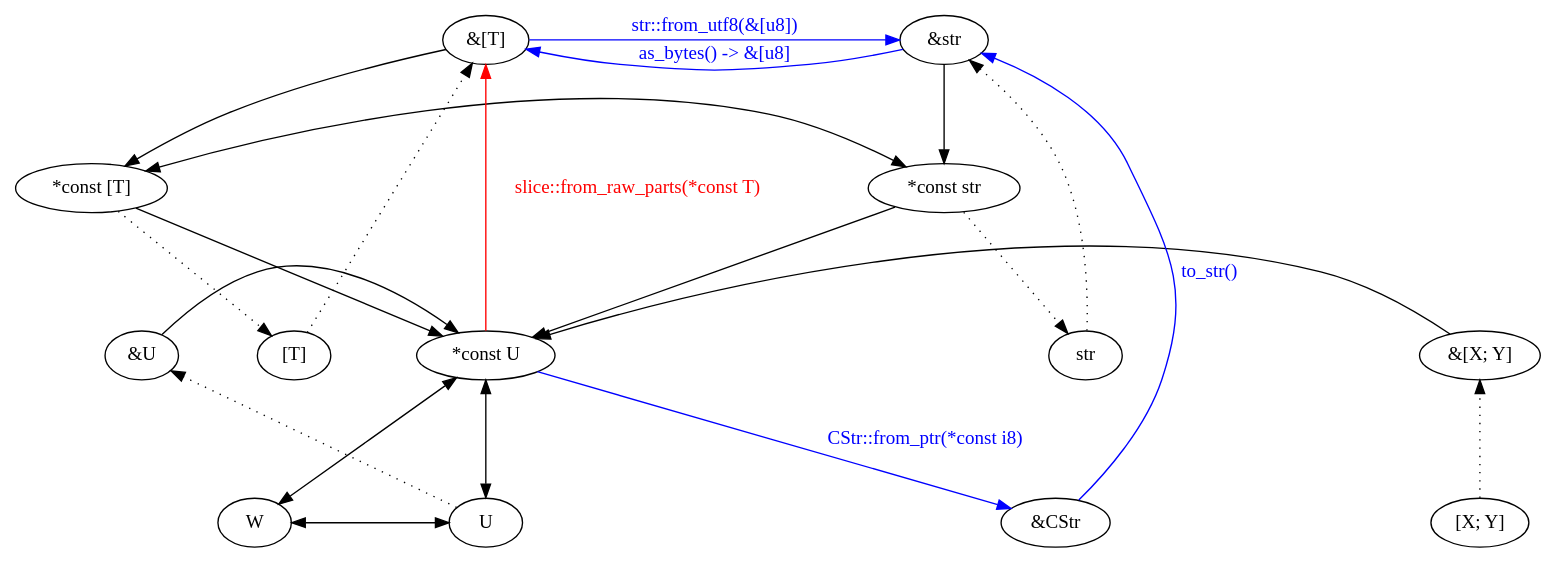
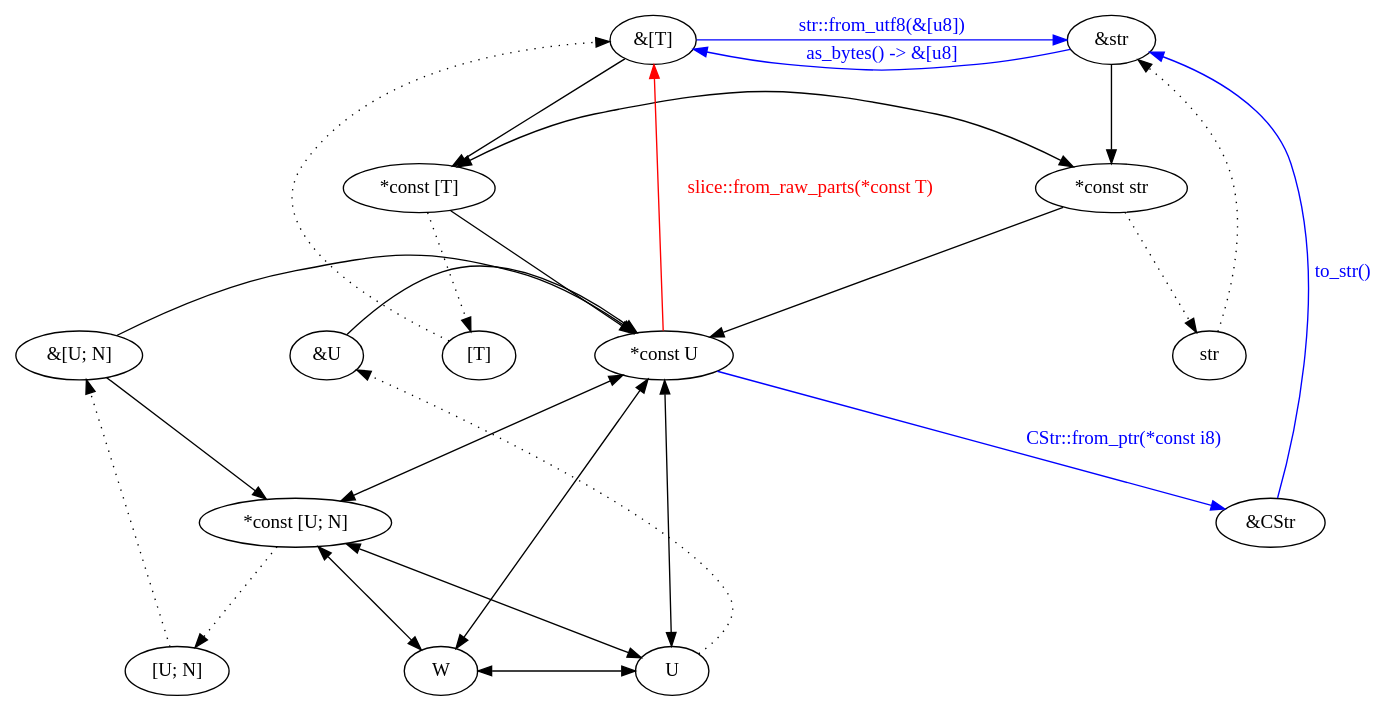
The diagram in cast.gv (RioKato/unsafe-rust), drawn with Graphviz before and after one commit. The commit also changed 1 other file, not shown here.

```diff
--- a/cast.gv
+++ b/cast.gv
@@ -1,28 +1,32 @@
 digraph {
   node [ordering=out];
   {rank=same; "&[T]"; "&str";}
   {rank=same; "*const [T]"; "*const str";}
-  {rank=same; "*const U"; "&[X; Y]"; "&U";}
-  {rank=same; "[X; Y]"; "W"; "U";}
+  {rank=same; "*const U"; "&[U; N]"; "&U";}
+  {rank=same; "[U; N]"; "W"; "U";}
   {rank=same; "[T]"; "str";}
   ranksep=1
   nodesep=0.8
 
   "&[T]" -> "*const [T]" -> "*const U"
   "&str" -> "*const str" -> "*const U"
   "*const [T]" -> "*const str" [dir=both]
   "*const U" -> "W" -> "U" -> "*const U" [dir=both]
-  "&[X; Y]" -> "*const U"
+  "&[U; N]" -> "*const U"
+  "&[U; N]" -> "*const [U; N]"
+  "*const [U; N]" -> "*const U" [dir=both]
+  "*const [U; N]" -> "U" [dir=both]
+  "*const [U; N]" -> "W" [dir=both]
   "&U" -> "*const U"
 
   "U" -> "&U" [style=dotted]
-  "[X; Y]" -> "&[X; Y]" [style=dotted]
+  "*const [U; N]" -> "[U; N]" -> "&[U; N]" [style=dotted]
   "*const [T]" -> "[T]" -> "&[T]" [style=dotted]
   "*const str" -> "str" -> "&str" [style=dotted]
 
   "*const U" -> "&[T]" [label="slice::from_raw_parts(*const T)", fontcolor=red, color=red]
   "*const U" -> "&CStr" [label="CStr::from_ptr(*const i8)", fontcolor=blue, color=blue]
   "&CStr" -> "&str" [label="to_str()", fontcolor=blue, color=blue]
   "&[T]" -> "&str" [label="str::from_utf8(&[u8])", fontcolor=blue, color=blue]
   "&str" -> "&[T]" [label="as_bytes() -> &[u8]", fontcolor=blue, color=blue]
 }
```
